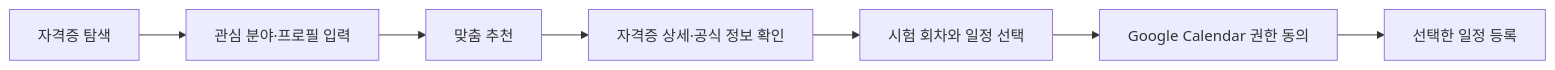
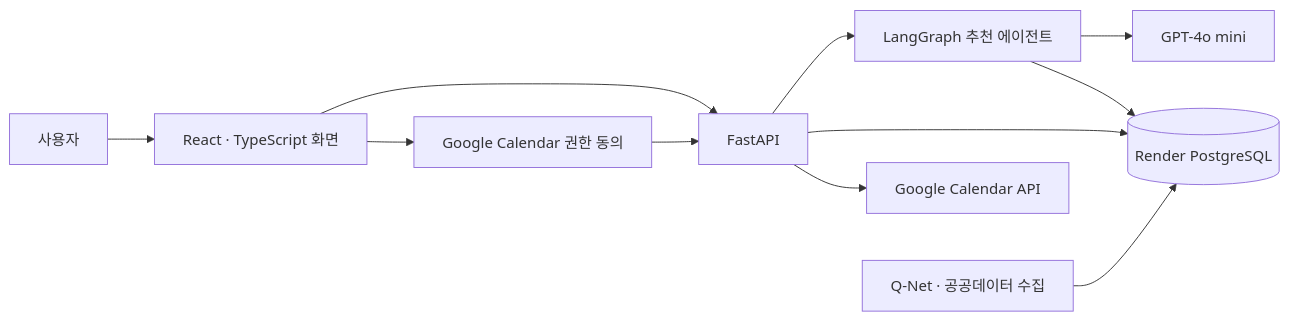
One commit to munchkin112/AIO_2_2_Q-net changed the first of 2 diagrams in README.md. Above: the diagram before and after it, drawn with Mermaid. The commit also changed other lines of this file and 9 other files, not shown here.

````diff
--- a/README.md
+++ b/README.md
@@ -61,9 +111,13 @@
-~~~mermaid
+```mermaid
 flowchart LR
-    A[자격증 탐색] --> B[관심 분야·프로필 입력]
-    B --> C[맞춤 추천]
-    C --> D[자격증 상세·공식 정보 확인]
-    D --> E[시험 회차와 일정 선택]
-    E --> F[Google Calendar 권한 동의]
-    F --> G[선택한 일정 등록]
-~~~
+    U[사용자] --> F[React · TypeScript 화면]
+    F --> A[FastAPI]
+    A --> R[LangGraph 추천 에이전트]
+    R --> L[GPT-4o mini]
+    R --> D[(Render PostgreSQL)]
+    A --> D
+    Q[Q-Net · 공공데이터 수집] --> D
+    F --> O[Google Calendar 권한 동의]
+    O --> A
+    A --> G[Google Calendar API]
+```
````
